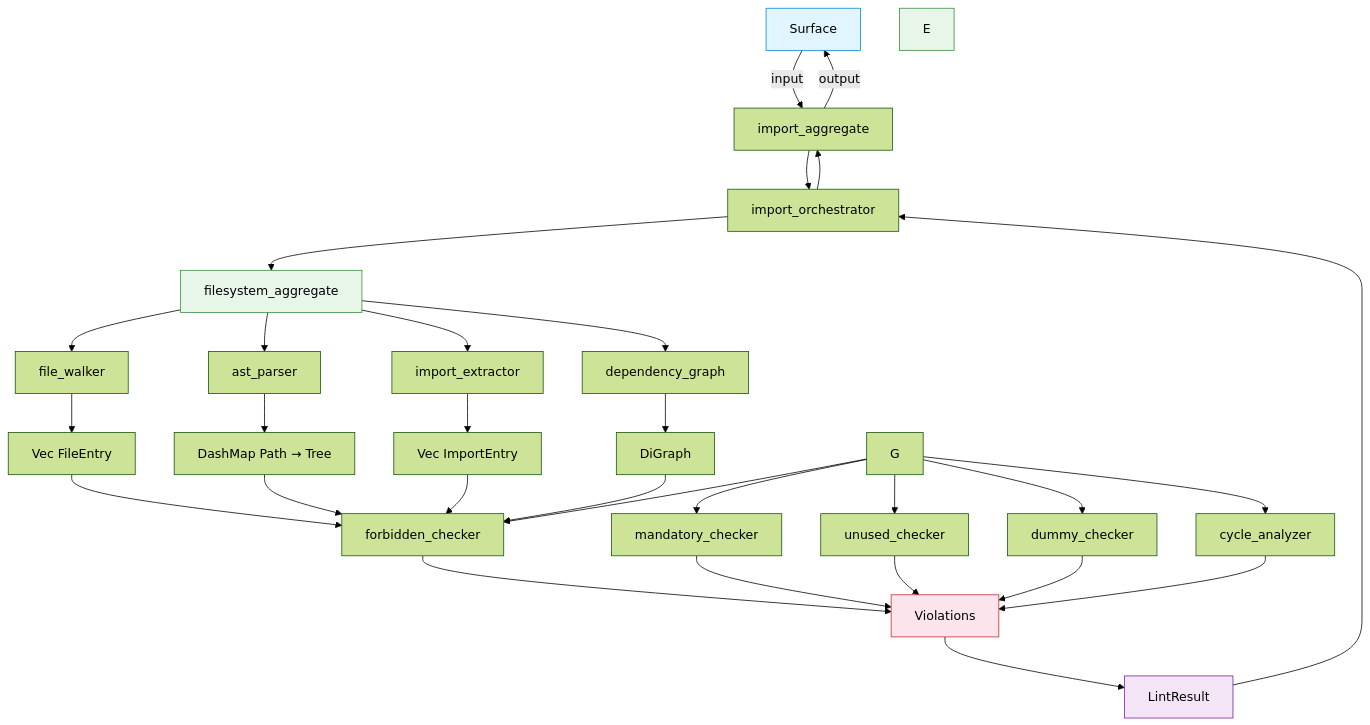
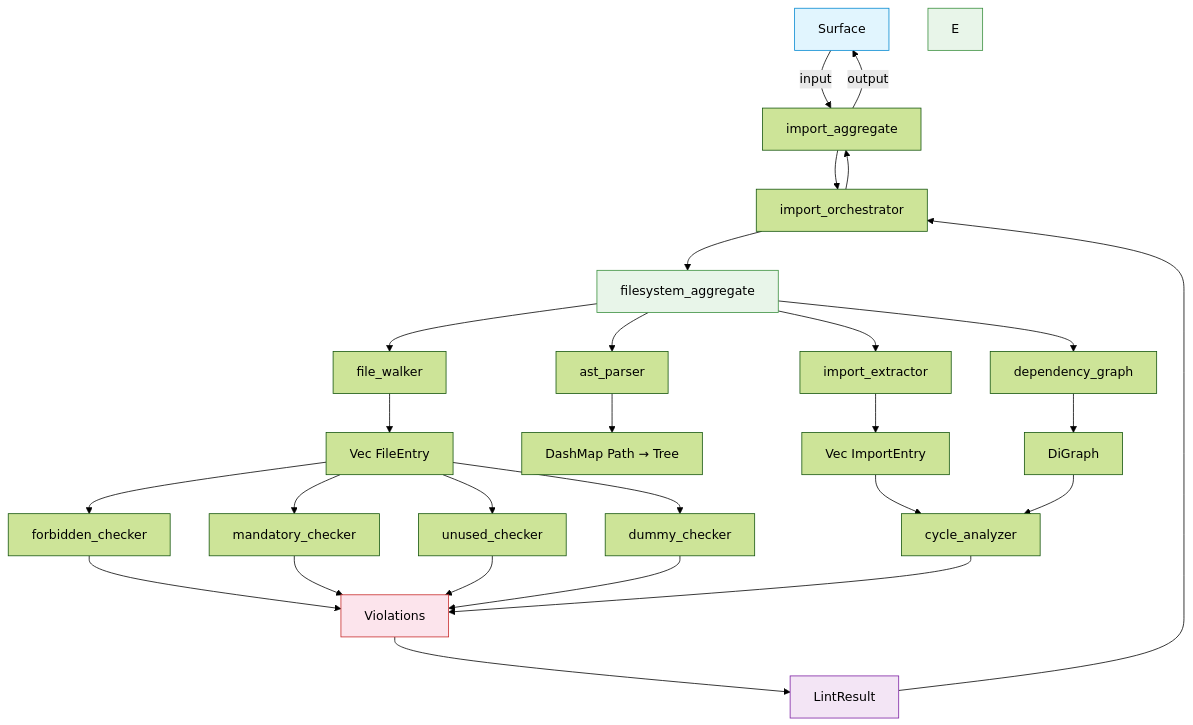
One commit to rakaarwaky/lint-arwaky changed the diagram in crates/import-rules/FRD.md. Above: the diagram before and after it, drawn with Mermaid (forest theme).

Commit message:
fix: import-rules mermaid — remove undefined G node, fix checker flow

````diff
--- a/crates/import-rules/FRD.md
+++ b/crates/import-rules/FRD.md
@@ -9,38 +9,35 @@
 ```mermaid
 flowchart TD
     A["Surface"] -->|input| B["import_aggregate"]
     B --> C["import_orchestrator"]
     C --> D["filesystem_aggregate"]
     D --> E1["file_walker"]
     D --> F1["ast_parser"]
     D --> F2["import_extractor"]
     D --> F3["dependency_graph"]
     E1 --> G1["Vec FileEntry"]
     F1 --> G2["DashMap Path → Tree"]
     F2 --> G3["Vec ImportEntry"]
     F3 --> G4["DiGraph"]
     G1 --> H1["forbidden_checker"]
-    G2 --> H1
-    G3 --> H1
-    G4 --> H1
-    G --> H1["forbidden_checker"]
-    G --> H2["mandatory_checker"]
-    G --> H3["unused_checker"]
-    G --> H4["dummy_checker"]
-    G --> H5["cycle_analyzer"]
+    G1 --> H2["mandatory_checker"]
+    G1 --> H3["unused_checker"]
+    G1 --> H4["dummy_checker"]
+    G3 --> H5["cycle_analyzer"]
+    G4 --> H5
     H1 --> I["Violations"]
     H2 --> I
     H3 --> I
     H4 --> I
     H5 --> I
     I --> J["LintResult"]
     J --> C
     C --> B
     B -->|output| A
 
     style A fill:#e1f5fe,stroke:#0288d1
     style D fill:#e8f5e9,stroke:#388e3c
     style E fill:#e8f5e9,stroke:#388e3c
     style I fill:#fce4ec,stroke:#c62828
     style J fill:#f3e5f5,stroke:#7b1fa2
 ```
````
